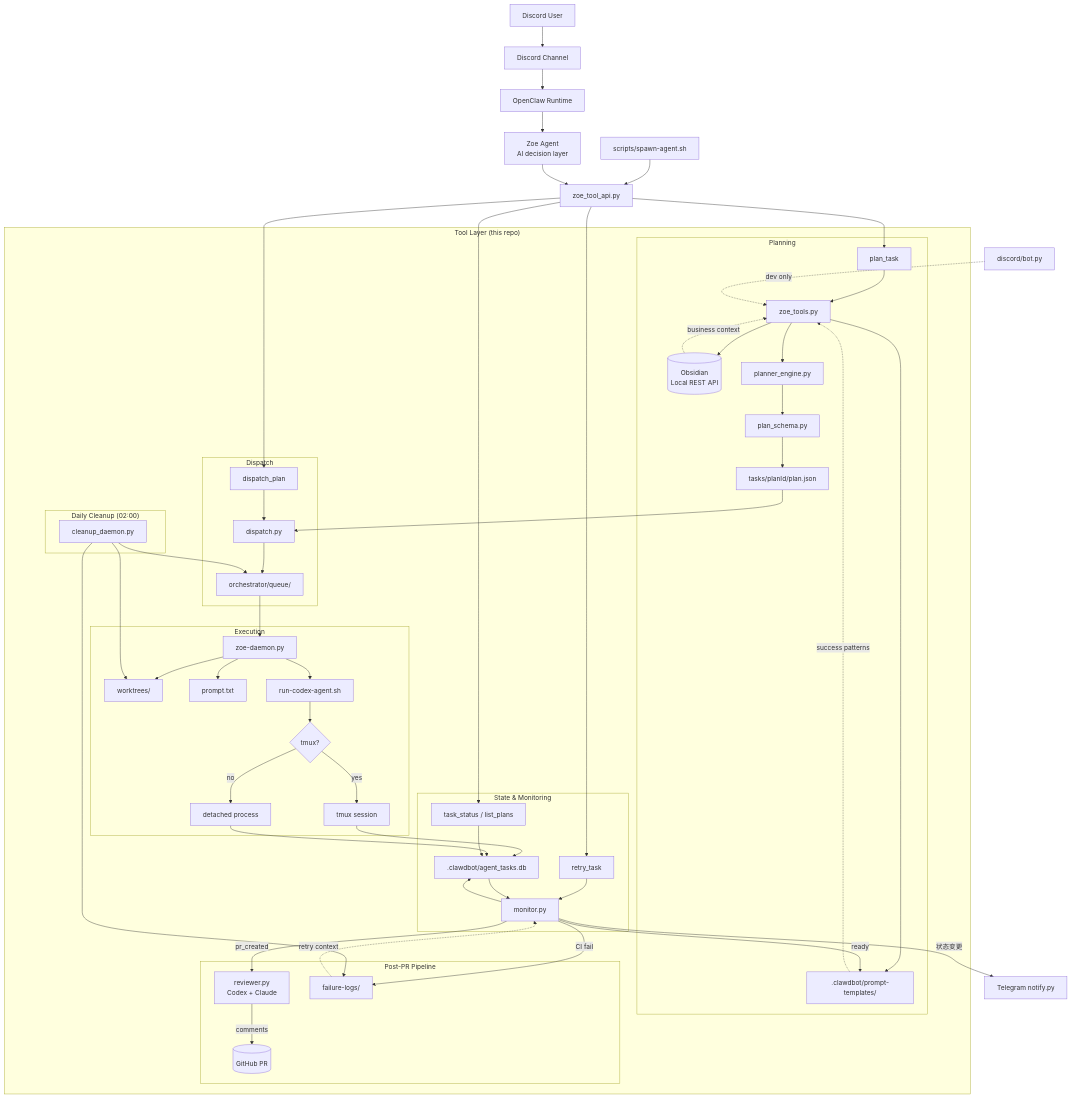
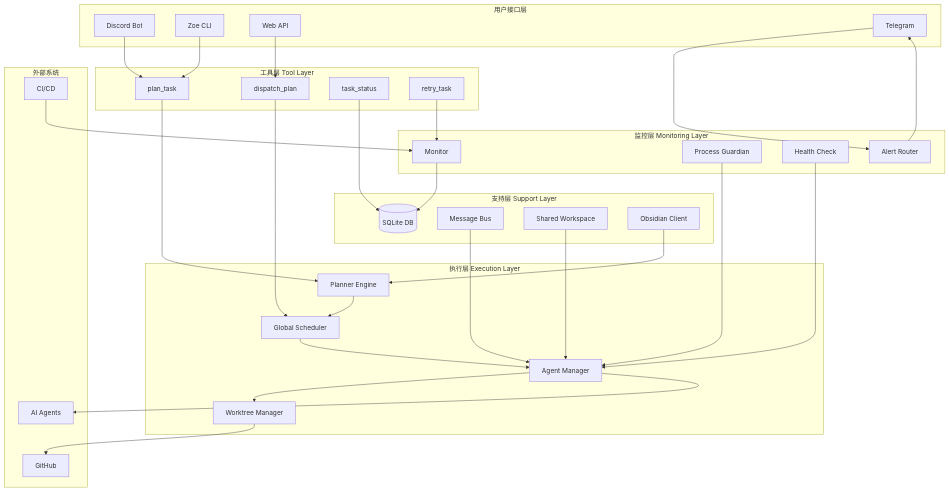
One commit to gordon8018/ai-devops changed the first of 2 diagrams in README.md. Above: the diagram before and after it, drawn with Mermaid. The commit also changed other lines of this file, not shown here.

````diff
--- a/README.md
+++ b/README.md
@@ -38,69 +209,71 @@
 ```mermaid
-flowchart TD
-    U[Discord User] --> DC[Discord Channel]
-    DC --> OC[OpenClaw Runtime]
-    OC --> Z[Zoe Agent<br/>AI decision layer]
-    CLI[scripts/spawn-agent.sh] --> API
-
-    Z --> API[zoe_tool_api.py]
-    API --> T1[plan_task]
-    API --> T2[dispatch_plan]
-    API --> T3[task_status / list_plans]
-    API --> T4[retry_task]
-
-    subgraph ToolLayer["Tool Layer (this repo)"]
-        subgraph Planning["Planning"]
-            T1 --> ZT[zoe_tools.py]
-            ZT --> OBS[(Obsidian<br/>Local REST API)]
-            ZT --> TPL[.clawdbot/prompt-templates/]
-            OBS -. business context .-> ZT
-            TPL -. success patterns .-> ZT
-            ZT --> PE[planner_engine.py]
-            PE --> PS[plan_schema.py]
-            PS --> PJ[tasks/planId/plan.json]
-        end
-
-        subgraph Dispatch["Dispatch"]
-            T2 --> DP[dispatch.py]
-            PJ --> DP
-            DP --> Q[orchestrator/queue/]
-        end
-
-        subgraph Execution["Execution"]
-            Q --> ZD[zoe-daemon.py]
-            ZD --> WT[worktrees/]
-            ZD --> PT[prompt.txt]
-            ZD --> AG[run-codex-agent.sh]
-            AG --> X{tmux?}
-            X -->|yes| TM[tmux session]
-            X -->|no| BG[detached process]
-        end
-
-        subgraph Tracking["State & Monitoring"]
-            TM --> DB[.clawdbot/agent_tasks.db]
-            BG --> DB
-            T3 --> DB
-            T4 --> M[monitor.py]
-            M --> DB
-            DB --> M
-        end
-
-        subgraph PostMerge["Post-PR Pipeline"]
-            M -->|pr_created| RV[reviewer.py<br/>Codex + Claude]
-            RV -->|comments| GH[(GitHub PR)]
-            M -->|CI fail| FL[failure-logs/]
-            M -->|ready| TPL
-            FL -. retry context .-> M
-        end
-
-        subgraph Maintenance["Daily Cleanup (02:00)"]
-            CD[cleanup_daemon.py]
-            CD --> WT
-            CD --> Q
-            CD --> FL
-        end
+graph TB
+    subgraph "用户接口层"
+        A1[Discord Bot]
+        A2[Zoe CLI]
+        A3[Web API]
+        A4[Telegram]
     end
 
-    M -->|状态变更| TG[Telegram notify.py]
-    B[discord/bot.py] -. dev only .-> ZT
+    subgraph "工具层 Tool Layer"
+        B1[plan_task]
+        B2[dispatch_plan]
+        B3[task_status]
+        B4[retry_task]
+    end
+
+    subgraph "执行层 Execution Layer"
+        C1[Planner Engine]
+        C2[Global Scheduler]
+        C3[Agent Manager]
+        C4[Worktree Manager]
+    end
+
+    subgraph "监控层 Monitoring Layer"
+        D1[Monitor]
+        D2[Process Guardian]
+        D3[Health Check]
+        D4[Alert Router]
+    end
+
+    subgraph "支持层 Support Layer"
+        E1[(SQLite DB)]
+        E2[Message Bus]
+        E3[Shared Workspace]
+        E4[Obsidian Client]
+    end
+
+    subgraph "外部系统"
+        F1[GitHub]
+        F2[CI/CD]
+        F3[AI Agents]
+    end
+
+    A1 --> B1
+    A2 --> B1
+    A3 --> B2
+    A4 --> D4
+
+    B1 --> C1
+    B2 --> C2
+    B3 --> E1
+    B4 --> D1
+
+    C1 --> C2
+    C2 --> C3
+    C3 --> C4
+
+    C3 --> F3
+    C4 --> F1
+
+    D1 --> E1
+    D2 --> C3
+    D3 --> C3
+    D4 --> A4
+
+    E2 --> C3
+    E3 --> C3
+    E4 --> C1
+
+    F2 --> D1
 ```
````
